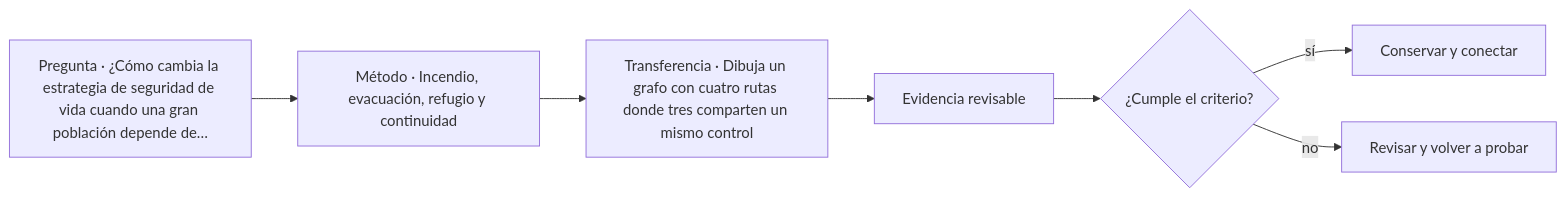
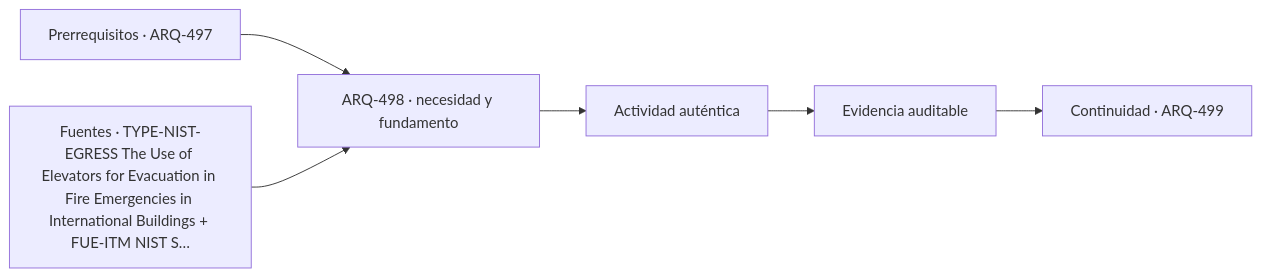
One commit to vladimiracunadev-create/architecture-built-environment-learning-program changed the diagram in classes/parte-50/ARQ-498.md. Above: the diagram before and after it, drawn with Mermaid. The commit also changed other lines of this file and 761 other files, not shown here.

````diff
--- a/classes/parte-50/ARQ-498.md
+++ b/classes/parte-50/ARQ-498.md
@@ -89,9 +101,8 @@
 ```mermaid
 flowchart LR
-    Q["Pregunta · ¿Cómo cambia la estrategia de seguridad de vida cuando una gran población depende de…"] --> M["Método · Incendio, evacuación, refugio y continuidad"]
-    M --> P["Transferencia · Dibuja un grafo con cuatro rutas donde tres comparten un mismo control"]
-    P --> E["Evidencia revisable"]
-    E --> C{"¿Cumple el criterio?"}
-    C -->|sí| T["Conservar y conectar"]
-    C -->|no| R["Revisar y volver a probar"]
+    A["Prerrequisitos · ARQ-497"] --> B["ARQ-498 · necesidad y fundamento"]
+    S["Fuentes · TYPE-NIST-EGRESS The Use of Elevators for Evacuation in Fire Emergencies in International Buildings + FUE-ITM NIST S…"] --> B
+    B --> C["Actividad auténtica"]
+    C --> D["Evidencia auditable"]
+    D --> E["Continuidad · ARQ-499"]
 ```
````
